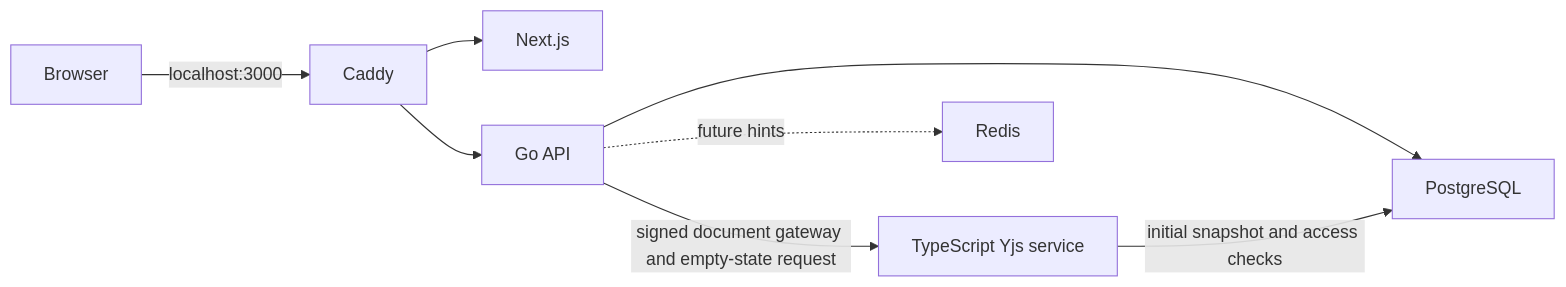
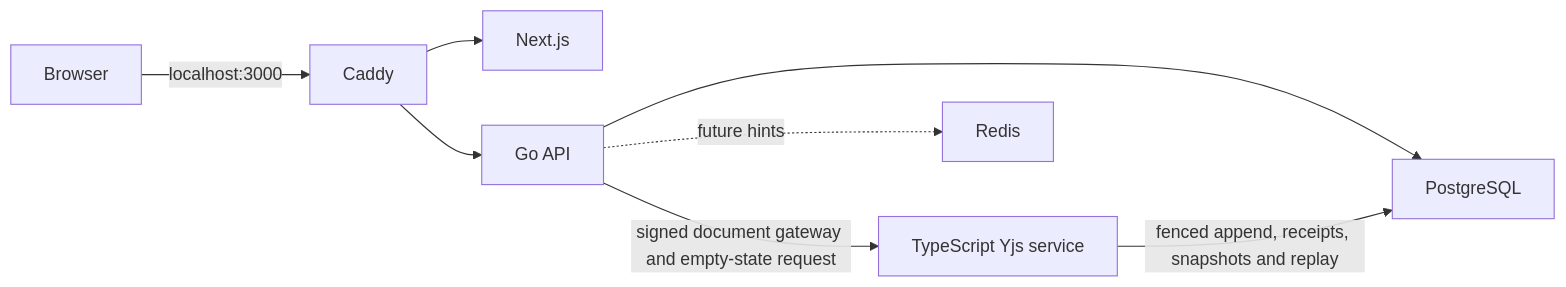
Before and after one commit to pentest200/Collaborative-Code-Editor: the diagram in docs/architecture.md, drawn with Mermaid. The commit also changed other lines of this file and 32 other files, not shown here.

Commit message:
feat(collab): add durable edits, snapshots, and ownership fencing

````diff
--- a/docs/architecture.md
+++ b/docs/architecture.md
@@ -11,10 +11,10 @@
 ```mermaid
 flowchart LR
   Browser -->|localhost:3000| Edge[Caddy]
   Edge --> Web[Next.js]
   Edge --> API[Go API]
   API -->|signed document gateway and empty-state request| Collab[TypeScript Yjs service]
   API --> PostgreSQL
-  Collab -->|initial snapshot and access checks| PostgreSQL
+  Collab -->|fenced append, receipts, snapshots and replay| PostgreSQL
   API -. future hints .-> Redis
 ```
````
